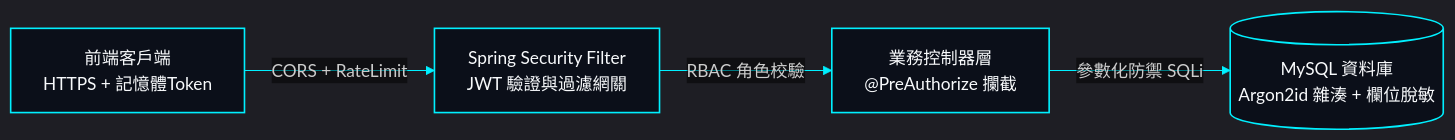
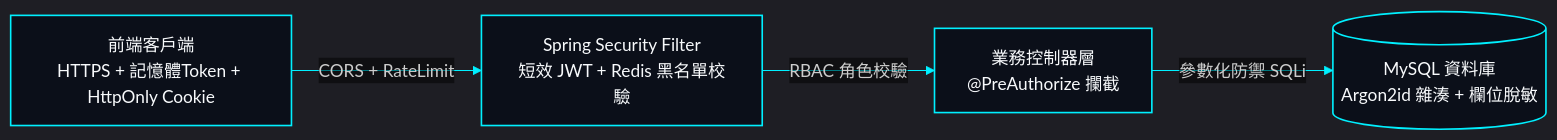
One commit to EricXJason/survey-flow changed the first of 2 diagrams in docs/system-design/09-security.md. Above: the diagram before and after it, drawn with Mermaid. The commit also changed other lines of this file and 1 other file, not shown here.

````diff
--- a/docs/system-design/09-security.md
+++ b/docs/system-design/09-security.md
@@ -13,9 +13,9 @@
 ```mermaid
 %%{init: {'theme': 'dark', 'themeVariables': { 'darkMode': true, 'background': '#030712', 'primaryColor': '#0b0f19', 'primaryTextColor': '#f8fafc', 'primaryBorderColor': '#00f0ff', 'lineColor': '#00f0ff', 'edgeLabelBackground': 'transparent' }}}%%
 flowchart LR
     classDef hudCard fill:#0b0f19,stroke:#00f0ff,stroke-width:1.5px,color:#f8fafc,rx:0px,ry:0px;
-    Client["前端客戶端<br/>HTTPS + 記憶體Token"] -->|"CORS + RateLimit"| Gateway["Spring Security Filter<br/>JWT 驗證與過濾網關"]
+    Client["前端客戶端<br/>HTTPS + 記憶體Token + HttpOnly Cookie"] -->|"CORS + RateLimit"| Gateway["Spring Security Filter<br/>短效 JWT + Redis 黑名單校驗"]
     Gateway -->|"RBAC 角色校驗"| Controller["業務控制器層<br/>@PreAuthorize 攔截"]
     Controller -->|"參數化防禦 SQLi"| DB[("MySQL 資料庫<br/>Argon2id 雜湊 + 欄位脫敏")]
     class Client,Gateway,Controller,DB hudCard;
 ```
````
